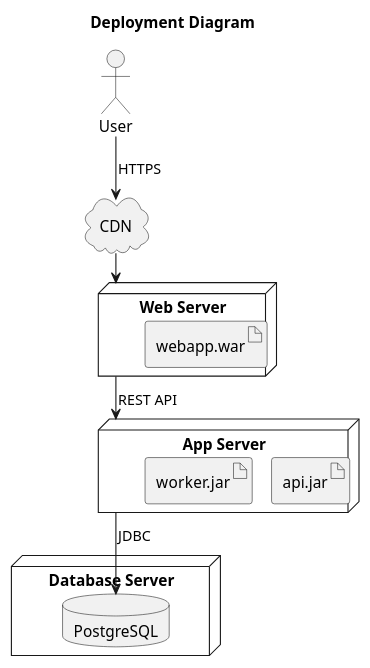
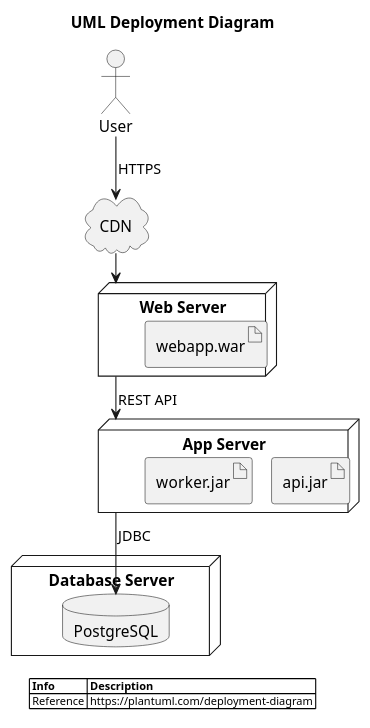
Before and after one commit to diosaraiva/plantuml-gui: the diagram in plantuml-gui-java/src/main/resources/plantuml/samples/uml_deployment.puml, drawn with PlantUML. The commit also changed 27 other files, not shown here.

```diff
--- a/plantuml-gui-java/src/main/resources/plantuml/samples/uml_deployment.puml
+++ b/plantuml-gui-java/src/main/resources/plantuml/samples/uml_deployment.puml
@@ -1,27 +1,40 @@
 @startuml
 !pragma layout smetana
 
-title Deployment Diagram
+title UML Deployment Diagram
 
+' ---- Customizations ----
+skinparam legendBackgroundColor #white
+skinparam legendBorderColor #white
+skinparam legendFontSize 10
+
+' ---- Elements ----
 node "Web Server" as web {
   artifact "webapp.war"
 }
 
 node "App Server" as app {
   artifact "api.jar"
   artifact "worker.jar"
 }
 
 node "Database Server" as db {
   database "PostgreSQL" as pg
 }
 
 cloud "CDN" as cdn
 
 actor User
 
+' ---- Relations ----
 User --> cdn : HTTPS
 cdn --> web
 web --> app : REST API
 app --> pg : JDBC
+
+legend
+|= Info |= Description |
+| Reference | https://plantuml.com/deployment-diagram |
+endlegend
+
 @enduml
```
